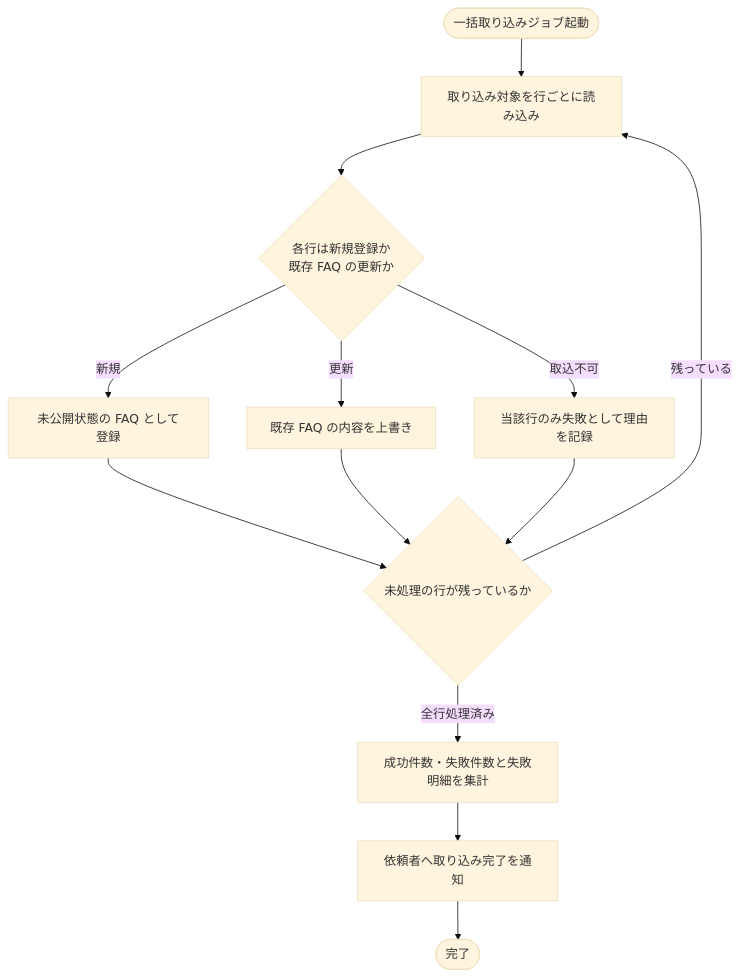
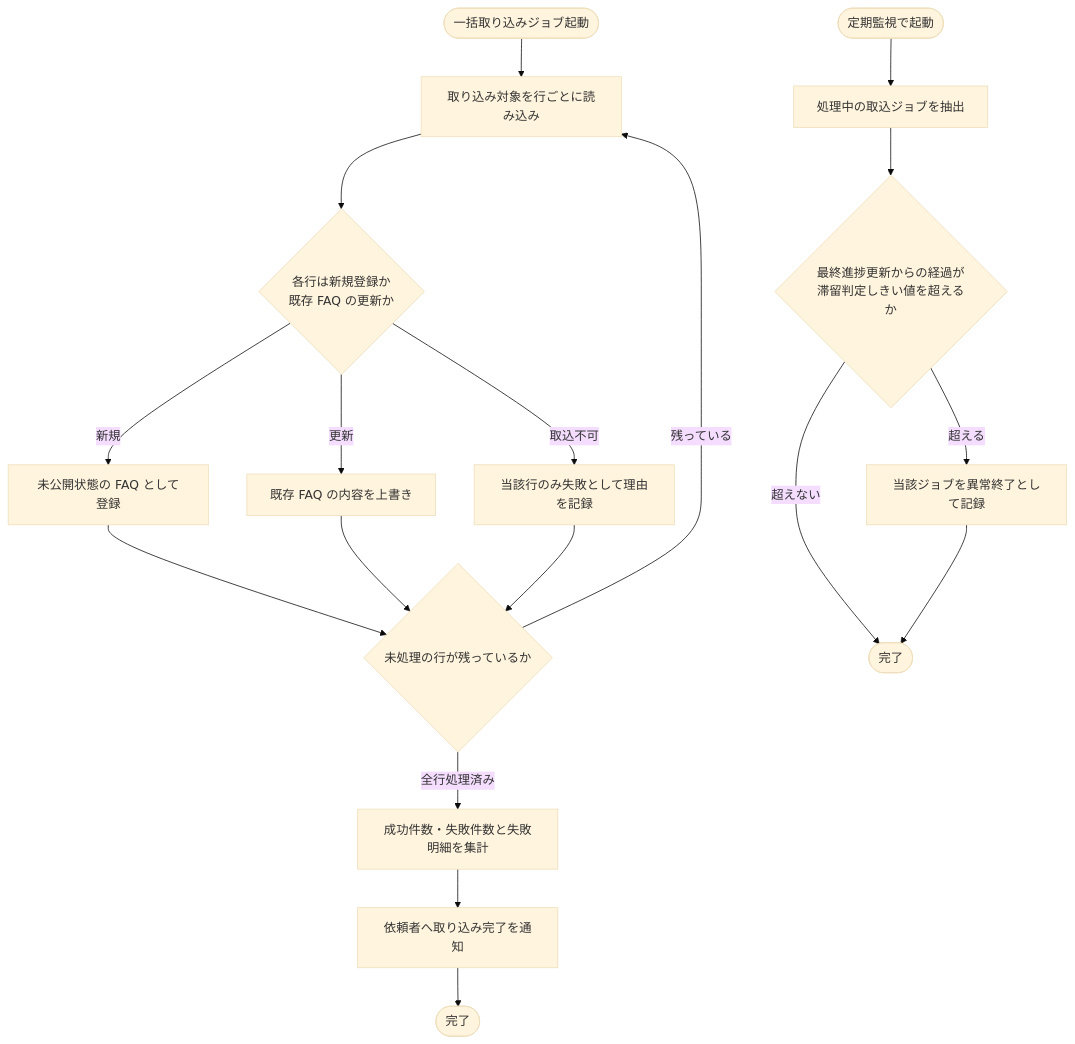
The diagram in 02_basic_design/02_backend/01_system/SYS-014.md (sikakou54/open-faq), drawn with Mermaid (base theme) before and after one commit. The commit also changed other lines of this file and 21 other files, not shown here.

````diff
--- a/02_basic_design/02_backend/01_system/SYS-014.md
+++ b/02_basic_design/02_backend/01_system/SYS-014.md
@@ -24,15 +25,21 @@
 ```mermaid
 flowchart TB
   S([一括取り込みジョブ起動]) --> A[取り込み対象を行ごとに読み込み]
   A --> B{各行は新規登録か<br/>既存 FAQ の更新か}
   B -- 新規 --> C[未公開状態の FAQ として登録]
   B -- 更新 --> D[既存 FAQ の内容を上書き]
   B -- 取込不可 --> E[当該行のみ失敗として理由を記録]
   C --> F{未処理の行が残っているか}
   D --> F
   E --> F
   F -- 残っている --> A
   F -- 全行処理済み --> G[成功件数・失敗件数と失敗明細を集計]
   G --> H[依頼者へ取り込み完了を通知]
   H --> I([完了])
+
+  T([定期監視で起動]) --> M[処理中の取込ジョブを抽出]
+  M --> N{最終進捗更新からの経過が<br/>滞留判定しきい値を超えるか}
+  N -- 超えない --> P([完了])
+  N -- 超える --> Q[当該ジョブを異常終了として記録]
+  Q --> P
 ```
````
